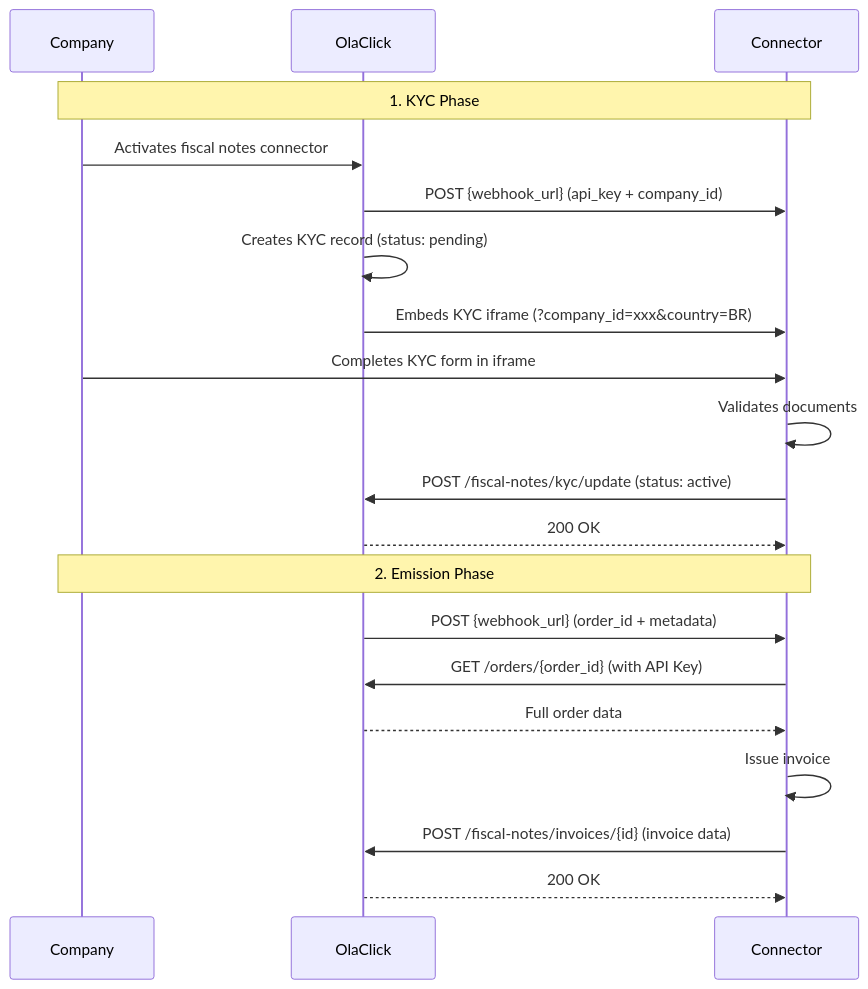
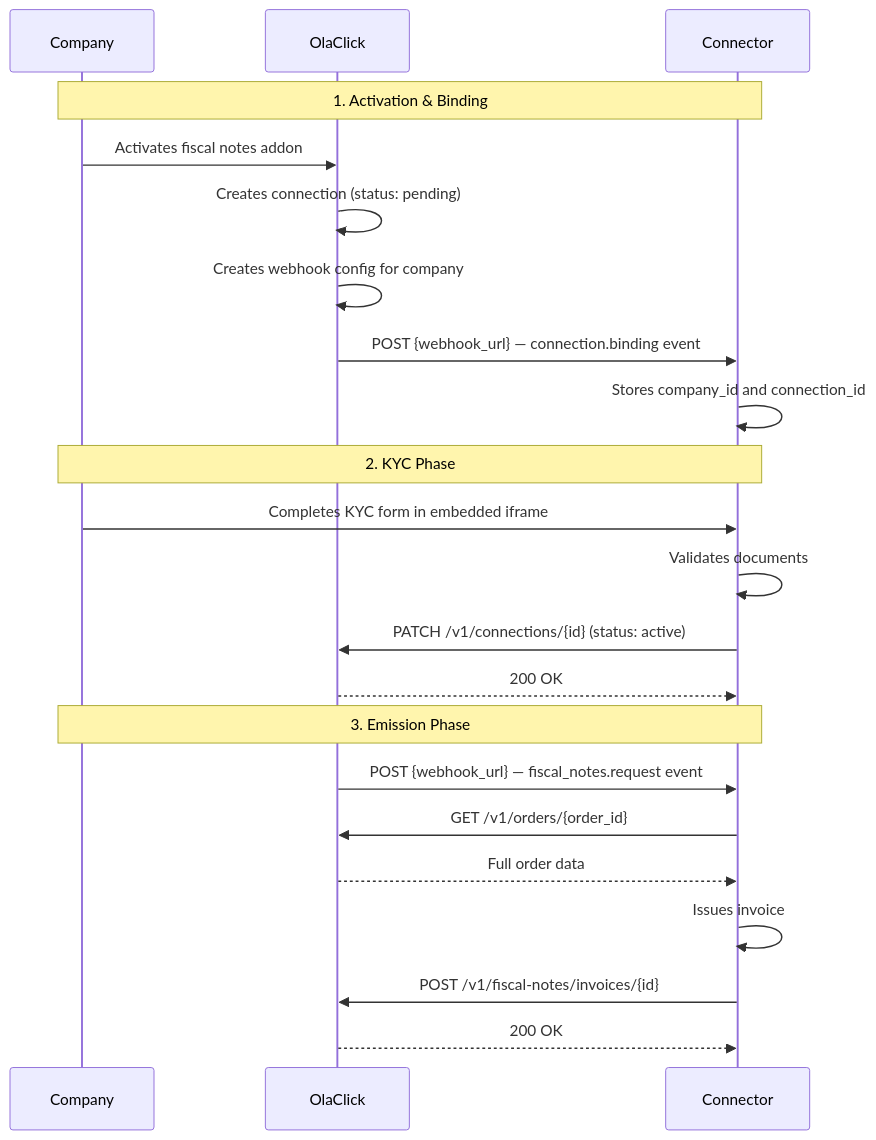
Before and after one commit to estefanno18/olaclick-partners-landing-page: the diagram in docs/modules/fiscal-notes/onboarding.md, drawn with Mermaid. The commit also changed other lines of this file and 12 other files, not shown here.

Commit message:
docs: SI-444 rewrite portal with connector terminology and corrected flows

````diff
--- a/docs/modules/fiscal-notes/onboarding.md
+++ b/docs/modules/fiscal-notes/onboarding.md
@@ -12,26 +12,30 @@
 ```mermaid
 sequenceDiagram
     participant Company as Company
     participant OlaClick as OlaClick
     participant Connector as Connector
 
-    Note over Company,Connector: 1. KYC Phase
+    Note over Company,Connector: 1. Activation & Binding
 
-    Company->>OlaClick: Activates fiscal notes connector
-    OlaClick->>Connector: POST {webhook_url} (api_key + company_id)
-    OlaClick->>OlaClick: Creates KYC record (status: pending)
-    OlaClick->>Connector: Embeds KYC iframe (?company_id=xxx&country=BR)
-    Company->>Connector: Completes KYC form in iframe
+    Company->>OlaClick: Activates fiscal notes addon
+    OlaClick->>OlaClick: Creates connection (status: pending)
+    OlaClick->>OlaClick: Creates webhook config for company
+    OlaClick->>Connector: POST {webhook_url} — connection.binding event
+    Connector->>Connector: Stores company_id and connection_id
+
+    Note over Company,Connector: 2. KYC Phase
+
+    Company->>Connector: Completes KYC form in embedded iframe
     Connector->>Connector: Validates documents
-    Connector->>OlaClick: POST /fiscal-notes/kyc/update (status: active)
+    Connector->>OlaClick: PATCH /v1/connections/{id} (status: active)
     OlaClick-->>Connector: 200 OK
 
-    Note over Company,Connector: 2. Emission Phase
+    Note over Company,Connector: 3. Emission Phase
 
-    OlaClick->>Connector: POST {webhook_url} (order_id + metadata)
-    Connector->>OlaClick: GET /orders/{order_id} (with API Key)
+    OlaClick->>Connector: POST {webhook_url} — fiscal_notes.request event
+    Connector->>OlaClick: GET /v1/orders/{order_id}
     OlaClick-->>Connector: Full order data
-    Connector->>Connector: Issue invoice
-    Connector->>OlaClick: POST /fiscal-notes/invoices/{id} (invoice data)
+    Connector->>Connector: Issues invoice
+    Connector->>OlaClick: POST /v1/fiscal-notes/invoices/{id}
     OlaClick-->>Connector: 200 OK
 ```
````
